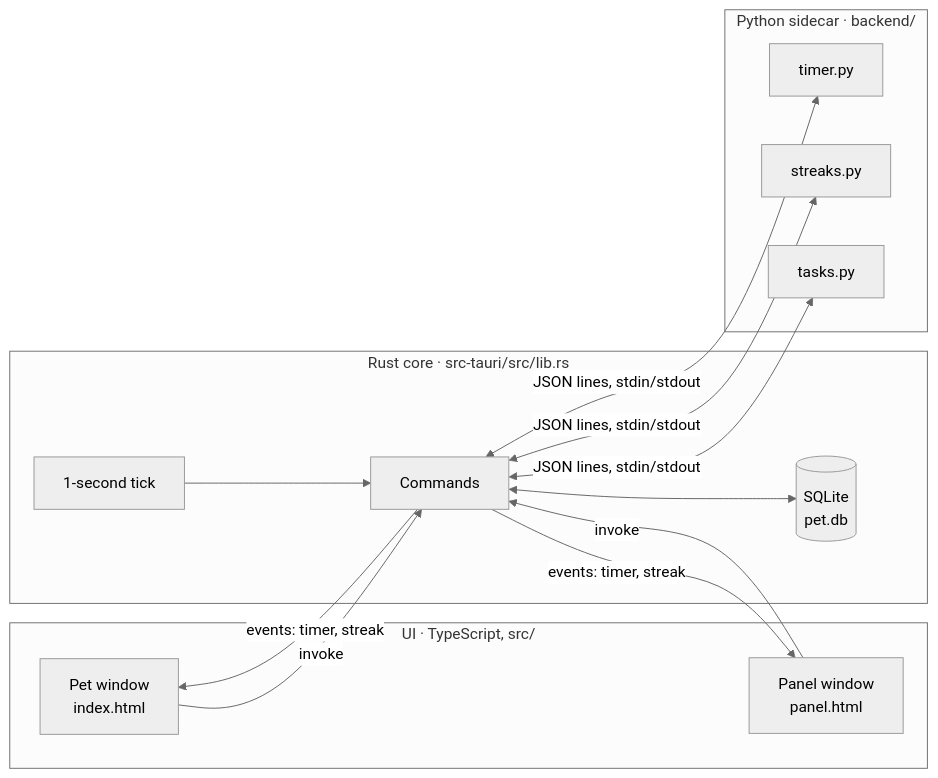
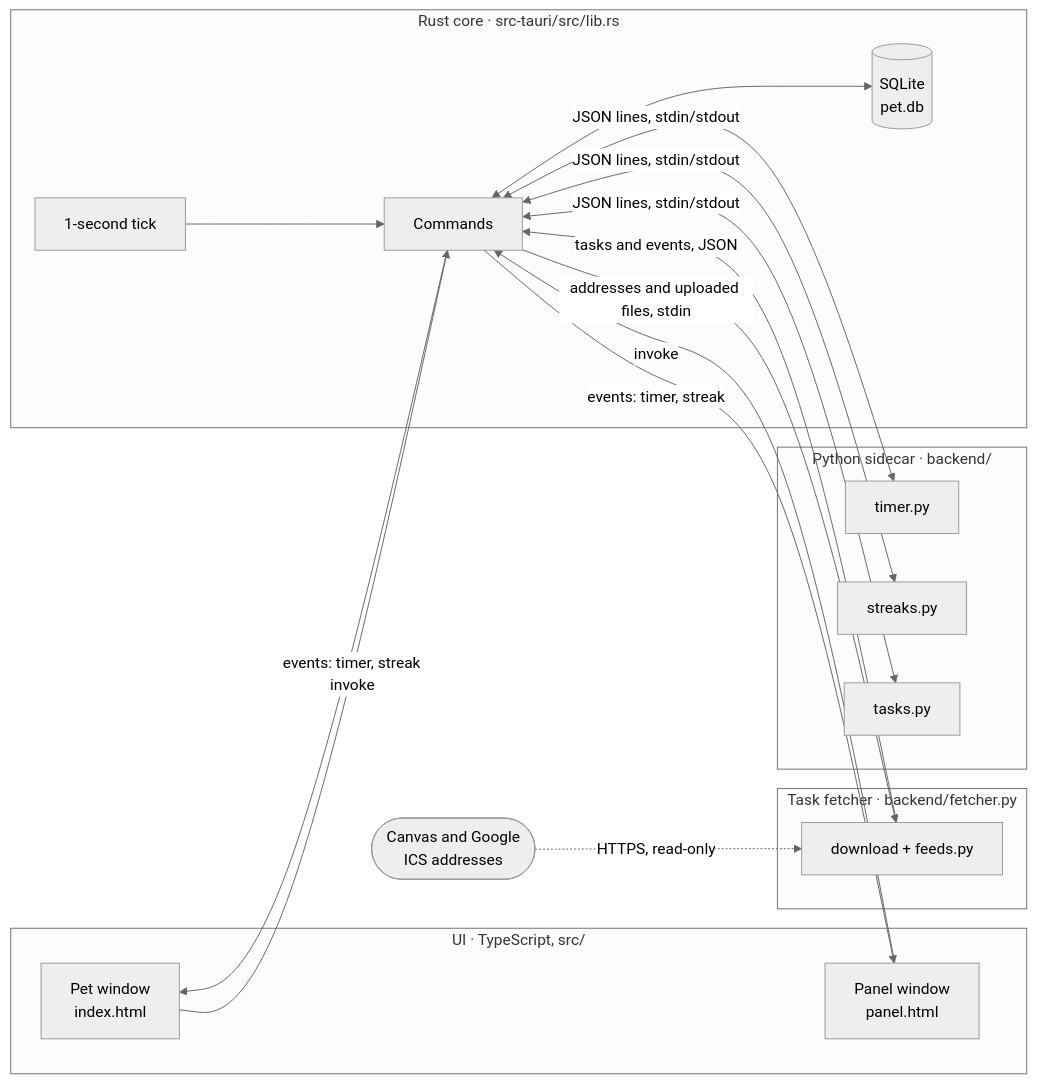
Before and after one commit to victornguyen7/Study-Pet: the first of 4 diagrams in docs/ARCHITECTURE.md, drawn with Mermaid (neutral theme). The commit also changed other lines of this file and 18 other files, not shown here.

Commit message:
fetcher + fetch canvas/google calendar commit

````diff
--- a/docs/ARCHITECTURE.md
+++ b/docs/ARCHITECTURE.md
@@ -11,26 +11,33 @@
 ```mermaid
 flowchart LR
     subgraph UI["UI · TypeScript, src/"]
         PET["Pet window<br/>index.html"]
         PANEL["Panel window<br/>panel.html"]
     end
     subgraph CORE["Rust core · src-tauri/src/lib.rs"]
         CMD["Commands"]
         TICK["1-second tick"]
         DB[("SQLite<br/>pet.db")]
     end
     subgraph PY["Python sidecar · backend/"]
         TIMER["timer.py"]
         STREAK["streaks.py"]
         TASKS["tasks.py"]
     end
+    subgraph NET["Task fetcher · backend/fetcher.py"]
+        FETCH["download + feeds.py"]
+    end
+    ICS(["Canvas and Google<br/>ICS addresses"])
     PET -->|invoke| CMD
     PANEL -->|invoke| CMD
     CMD -->|"events: timer, streak"| PET
     CMD -->|"events: timer, streak"| PANEL
     CMD <--> DB
     TICK --> CMD
     CMD <-->|"JSON lines, stdin/stdout"| TIMER
     CMD <-->|"JSON lines, stdin/stdout"| STREAK
     CMD <-->|"JSON lines, stdin/stdout"| TASKS
+    CMD -->|"addresses and uploaded files, stdin"| FETCH
+    FETCH -->|"tasks and events, JSON"| CMD
+    ICS -.->|"HTTPS, read-only"| FETCH
 ```
````
